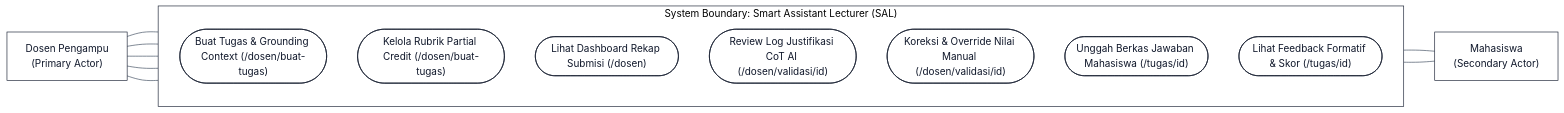
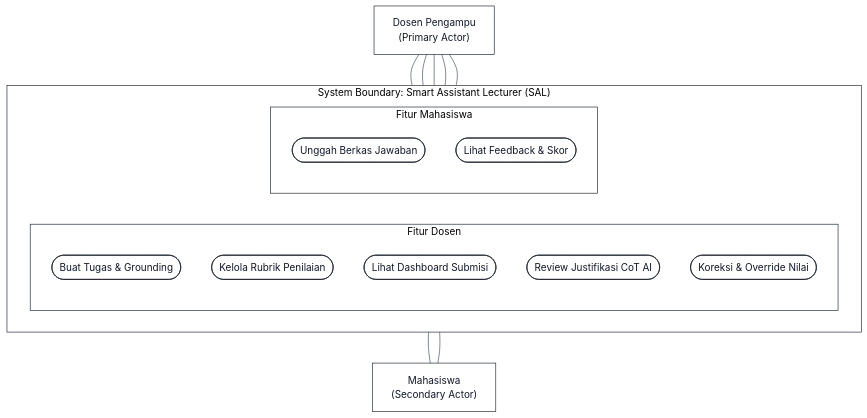
Before and after one commit to reyvanpurnama/smart-assistant-lecturer: the first of 4 diagrams in docs/06_revisi_sidang_akhir/03_UML_USECASE_DAN_3_SEQUENCE_DIAGRAMS_BAB3.md, drawn with Mermaid. The commit also changed other lines of this file, not shown here.

Commit message:
fix(docs): refactor Use Case diagram to compact 2-column grid layout for ideal Word aspect ratio

````diff
--- a/docs/06_revisi_sidang_akhir/03_UML_USECASE_DAN_3_SEQUENCE_DIAGRAMS_BAB3.md
+++ b/docs/06_revisi_sidang_akhir/03_UML_USECASE_DAN_3_SEQUENCE_DIAGRAMS_BAB3.md
@@ -29,39 +29,45 @@
 ```mermaid
 %%{init: {
   'theme': 'base',
   'themeVariables': {
     'fontFamily': 'Arial, sans-serif',
     'fontSize': '16px',
     'primaryColor': '#ffffff',
     'primaryTextColor': '#0f172a',
     'primaryBorderColor': '#0f172a',
     'lineColor': '#334155',
     'clusterBkg': '#ffffff',
     'clusterBorder': '#0f172a'
   }
 }}%%
-flowchart LR
-    Dosen["Dosen Pengampu<br/>(Primary Actor)"]
+flowchart TB
+    subgraph SystemBoundary["System Boundary: Smart Assistant Lecturer (SAL)"]
+        direction LR
+        subgraph DosenCases["Fitur Dosen"]
+            direction TB
+            UC1(["Buat Tugas & Grounding"])
+            UC2(["Kelola Rubrik Penilaian"])
+            UC3(["Lihat Dashboard Submisi"])
+            UC4(["Review Justifikasi CoT AI"])
+            UC5(["Koreksi & Override Nilai"])
+        end
 
-    subgraph SystemBoundary["System Boundary: Smart Assistant Lecturer (SAL)"]
-        direction TB
-        UC1(["Buat Tugas & Grounding Context (/dosen/buat-tugas)"])
-        UC2(["Kelola Rubrik Partial Credit (/dosen/buat-tugas)"])
-        UC3(["Lihat Dashboard Rekap Submisi (/dosen)"])
-        UC4(["Review Log Justifikasi CoT AI (/dosen/validasi/id)"])
-        UC5(["Koreksi & Override Nilai Manual (/dosen/validasi/id)"])
-        UC6(["Unggah Berkas Jawaban Mahasiswa (/tugas/id)"])
-        UC7(["Lihat Feedback Formatif & Skor (/tugas/id)"])
+        subgraph StudentCases["Fitur Mahasiswa"]
+            direction TB
+            UC6(["Unggah Berkas Jawaban"])
+            UC7(["Lihat Feedback & Skor"])
+        end
     end
 
+    Dosen["Dosen Pengampu<br/>(Primary Actor)"]
     Mahasiswa["Mahasiswa<br/>(Secondary Actor)"]
 
     Dosen --- UC1
     Dosen --- UC2
     Dosen --- UC3
     Dosen --- UC4
     Dosen --- UC5
 
     UC6 --- Mahasiswa
     UC7 --- Mahasiswa
 ```
````
